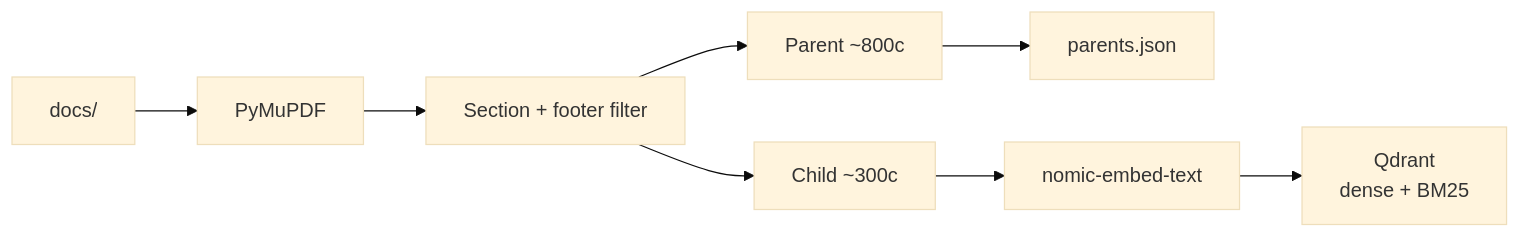
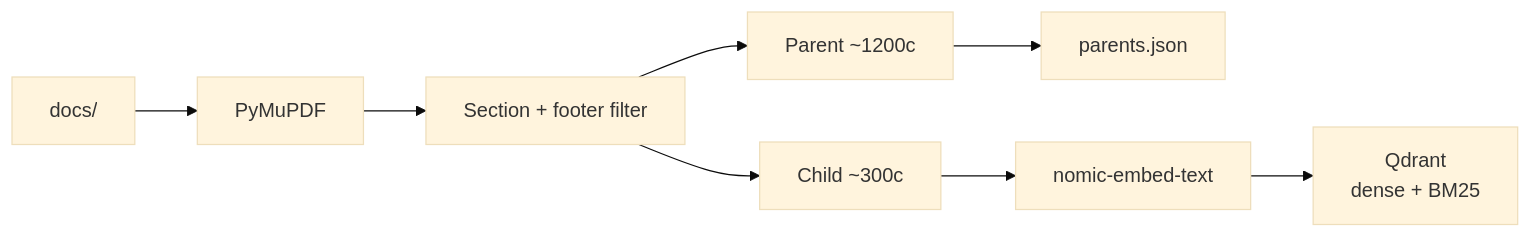
Before and after one commit to mehdi-000/agentic-rag-nda: the first of 4 diagrams in README.md, drawn with Mermaid (base theme). The commit also changed other lines of this file and 11 other files, not shown here.

Commit message:
feat: reworked eval flow, agent tweaks, 1200-char chunks, README

````diff
--- a/README.md
+++ b/README.md
@@ -54,10 +54,10 @@
 ```mermaid
 flowchart LR
     PDFs["docs/"] --> Parse["PyMuPDF"]
     Parse --> Filter["Section + footer filter"]
-    Filter --> P["Parent ~800c"]
+    Filter --> P["Parent ~1200c"]
     Filter --> C["Child ~300c"]
     P --> Store["parents.json"]
     C --> Embed["nomic-embed-text"]
     Embed --> Index["Qdrant\ndense + BM25"]
 ```
````
